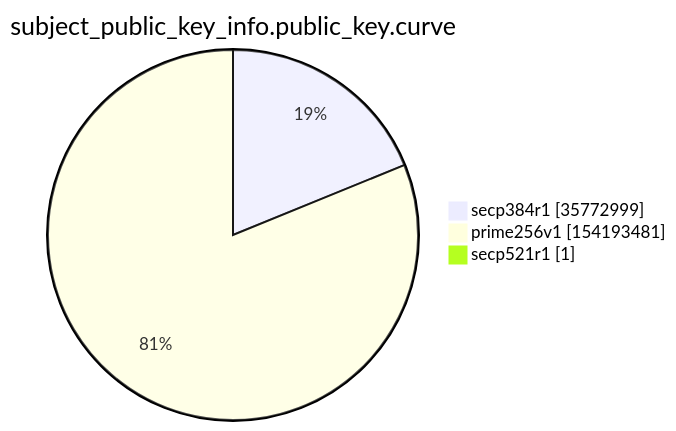
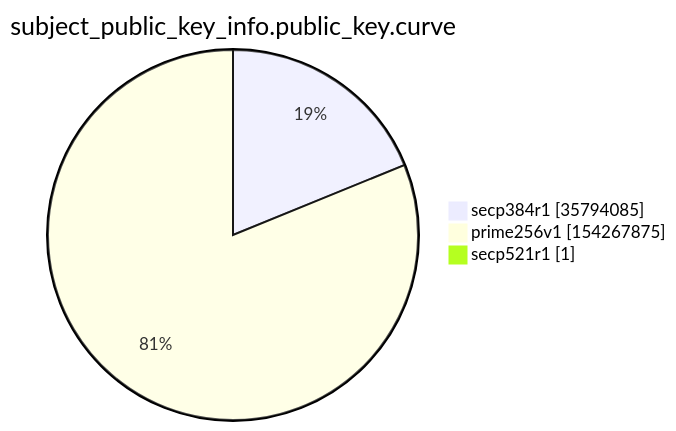
One commit to christiankrug/ctmonitor_visualization changed the ninth of 15 diagrams in argon2022/README.md. Above: the diagram before and after it, drawn with Mermaid. The commit also changed other lines of this file, not shown here.

````diff
--- a/argon2022/README.md
+++ b/argon2022/README.md
@@ -2765,7 +2765,7 @@
 ```mermaid
 pie showData
 title subject_public_key_info.public_key.curve
-"secp384r1" :35772999
-"prime256v1" :154193481
+"secp384r1" :35794085
+"prime256v1" :154267875
 "secp521r1" :1
 ```
````
